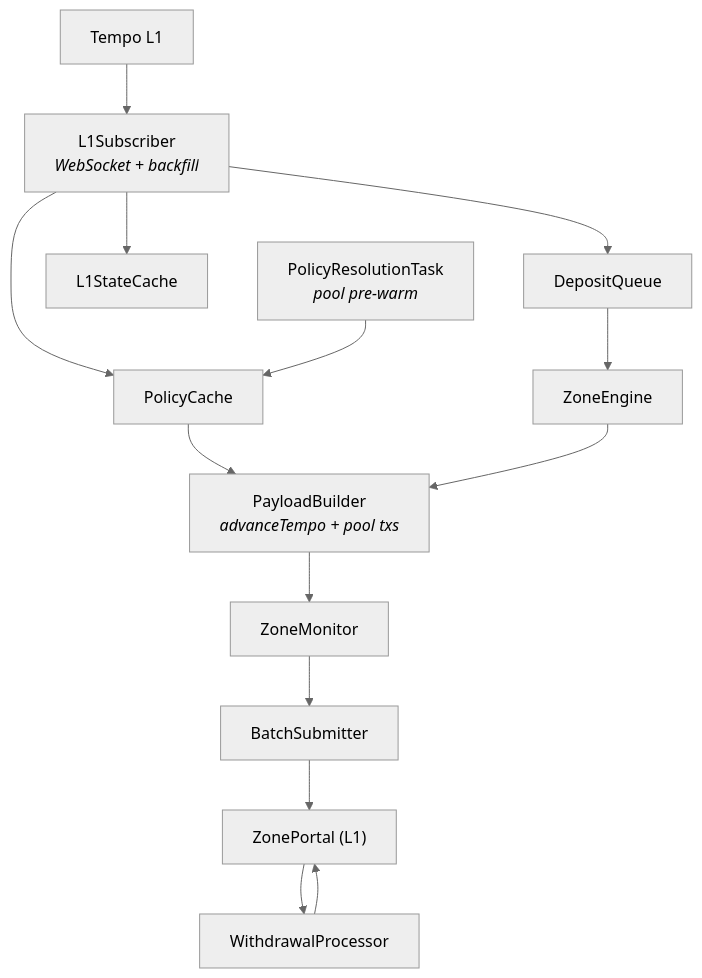
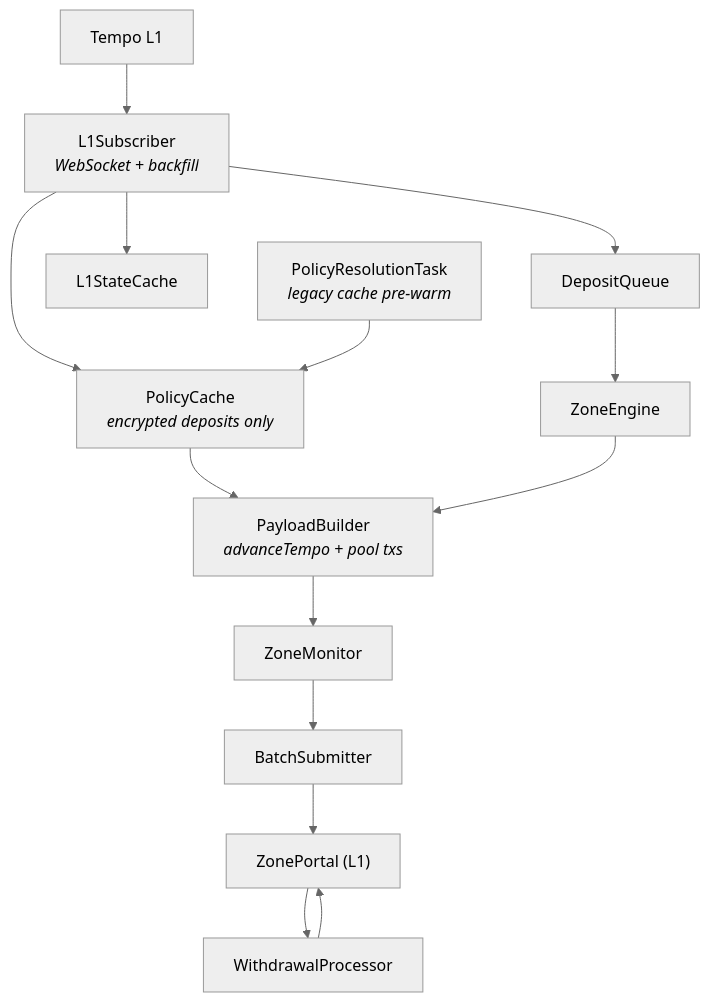
One commit to Dustin4444/zones changed the diagram in crates/node/README.md. Above: the diagram before and after it, drawn with Mermaid (neutral theme). The commit also changed other lines of this file and 43 other files, not shown here.

````diff
--- a/crates/node/README.md
+++ b/crates/node/README.md
@@ -15,32 +15,32 @@
 ```mermaid
 graph TD
     L1["Tempo L1"]
 
     L1Sub["L1Subscriber<br/><i>WebSocket + backfill</i>"]
     DQ["DepositQueue"]
     Cache["L1StateCache"]
-    PolicyCache["PolicyCache"]
+    PolicyCache["PolicyCache<br/><i>encrypted deposits only</i>"]
 
     Engine["ZoneEngine"]
     Builder["PayloadBuilder<br/><i>advanceTempo + pool txs</i>"]
-    PolicyPrefetch["PolicyResolutionTask<br/><i>pool pre-warm</i>"]
+    PolicyPrefetch["PolicyResolutionTask<br/><i>legacy cache pre-warm</i>"]
 
     Monitor["ZoneMonitor"]
     Batch["BatchSubmitter"]
     WProc["WithdrawalProcessor"]
     Portal["ZonePortal (L1)"]
 
     L1 --> L1Sub
     L1Sub --> DQ
     L1Sub --> PolicyCache
     L1Sub --> Cache
     PolicyCache --> Builder
     PolicyPrefetch --> PolicyCache
     DQ --> Engine
     Engine --> Builder
     Builder --> Monitor
     Monitor --> Batch
     Batch --> Portal
     Portal --> WProc
     WProc --> Portal
 ```
````
